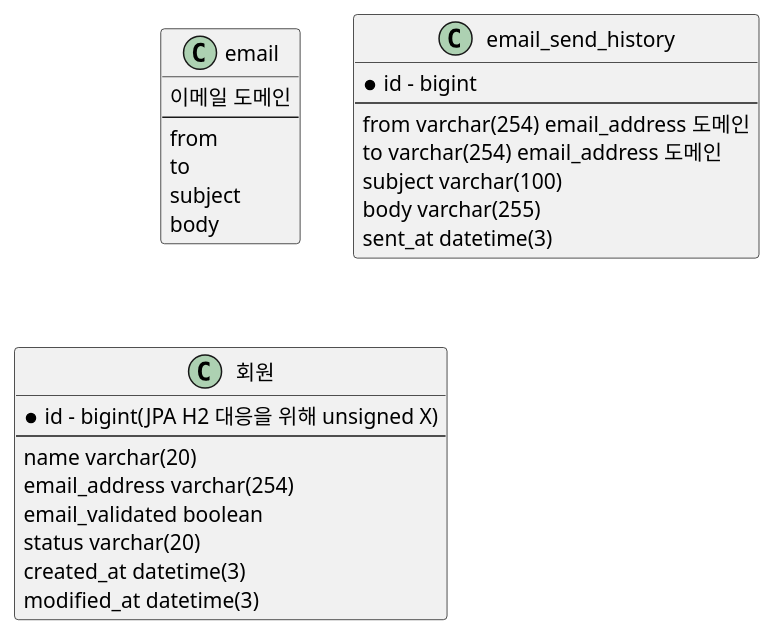
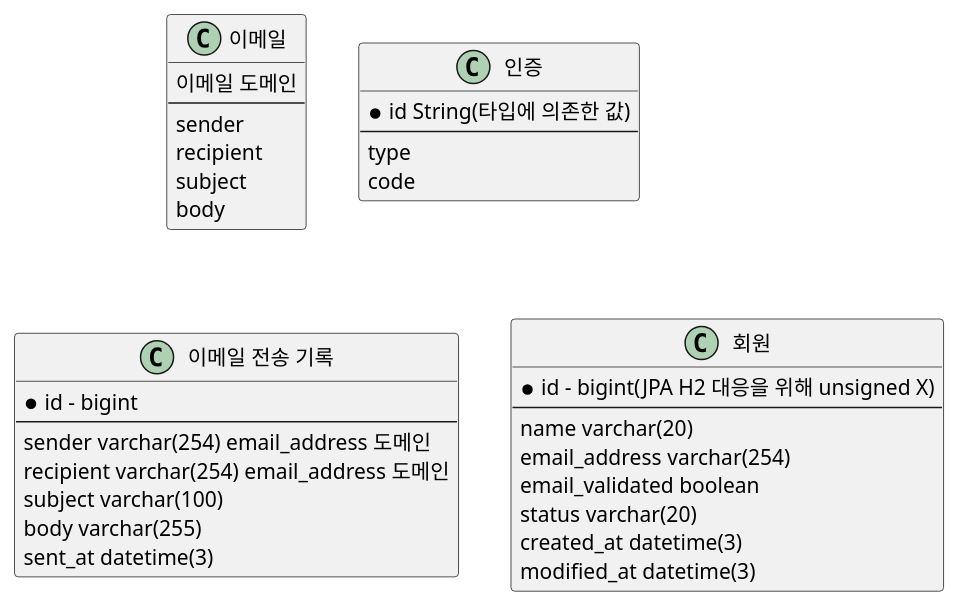
The diagram in .uml/Domain.puml (dykim-base-project/boot2-hexagonal), drawn with PlantUML before and after one commit. The commit also changed 105 other files, not shown here.

First line of the commit message:
feat: 인증 도메인 및 이메일 인증 번호 발송 기능 일부 구현

```diff
--- a/.uml/Domain.puml
+++ b/.uml/Domain.puml
@@ -1,59 +1,65 @@
 @startuml
 
-class "email" {
+class "이메일" as email {
     이메일 도메인
     ---
-    from
-    to
+    sender
+    recipient
     subject
     body
 }
 
+class "인증" as authentication {
+  * id String(타입에 의존한 값)
+  ---
+  type
+  code
+}
 
-class "email_send_history" {
+class "이메일 전송 기록" as email_send_history {
     * id - bigint
     ---
-    from varchar(254) email_address 도메인
-    to varchar(254) email_address 도메인
+    sender varchar(254) email_address 도메인
+    recipient varchar(254) email_address 도메인
     subject varchar(100)
     body varchar(255)
     sent_at datetime(3)
 }
 
-class "회원" {
+class "회원" as member {
     * id - bigint(JPA H2 대응을 위해 unsigned X)
     ---
     name varchar(20)
     email_address varchar(254)
     email_validated boolean
     status varchar(20)
     created_at datetime(3)
     modified_at datetime(3)
 }
 
 
 'class "권한" {
 '    id
 '    ---
 '    권한 => 이메일_인증, 이메일_미인증, SNS_인증?
 '    스프링 시큐리티로 구현하셨음. 따라가보자.(도메인이 아닌거 같은데 그러면)
 '}
 
 ' TODO: 추후 작업 예정(프론트 없이 가능? 안되면 프론트 이후 작업)
 'class "SNS 인증" {
 '    id
 '    ___
 '    회원 id
 '    SNS 인증 종류
 '    리프레시 토큰 => 리프레시 토큰 만료 시 어떻게? 찾아보자.
 '}
 
 ' TODO: 추후 작업 예정
 'class "회원-권한" {
 '    회원 id
 '    권한 id
 '    ---
 '    굳이 관계 테이블까지?
 '}
 
 @enduml
```
